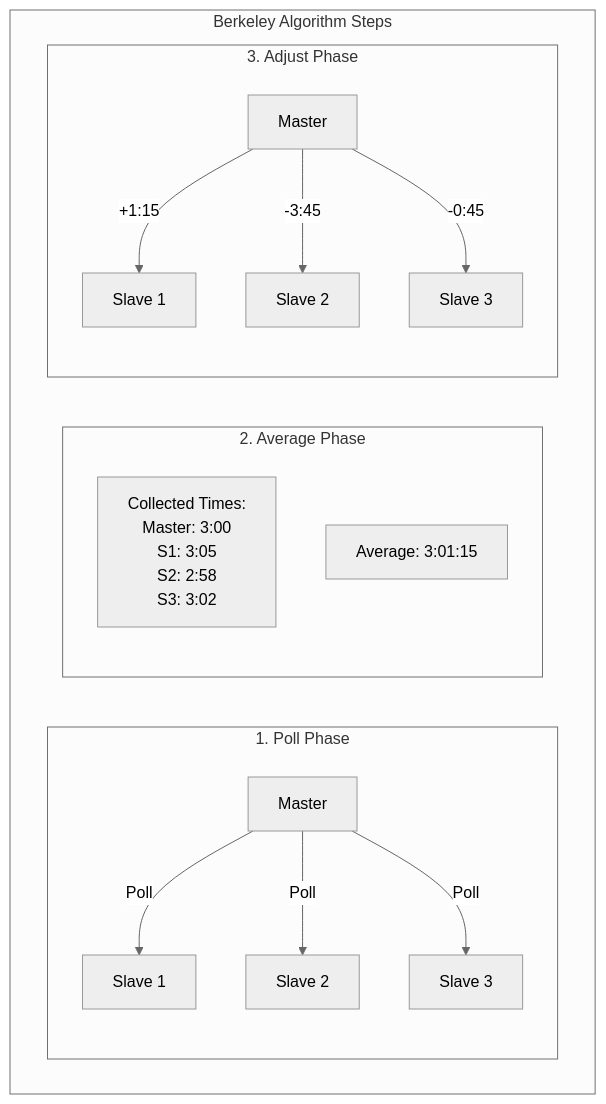
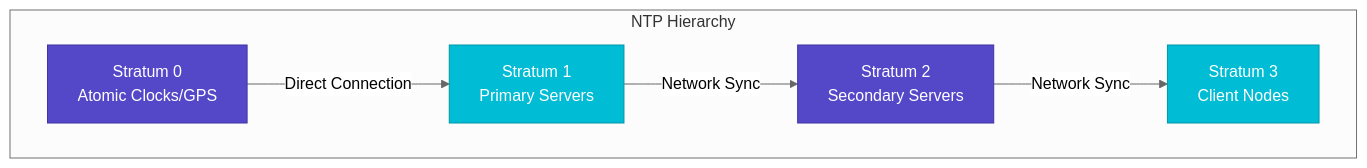
Before and after one commit to deepaucksharma/DStudio: the second of 6 diagrams in docs/pattern-library/coordination/clock-sync.md, drawn with Mermaid (neutral theme). The commit also changed other lines of this file and 23 other files, not shown here.

````diff
--- a/docs/pattern-library/coordination/clock-sync.md
+++ b/docs/pattern-library/coordination/clock-sync.md
@@ -134,21 +124,19 @@
 ```mermaid
 graph TB
- subgraph "Berkeley Algorithm Steps"
- subgraph "1. Poll Phase"
- M[Master] -->|Poll| S1[Slave 1]
- M -->|Poll| S2[Slave 2]
- M -->|Poll| S3[Slave 3]
- end
- 
- subgraph "2. Average Phase"
- Times[Collected Times:<br/>Master: 3:00<br/>S1: 3:05<br/>S2: 2:58<br/>S3: 3:02]
- Avg[Average: 3:01:15]
- end
- 
- subgraph "3. Adjust Phase"
- M2[Master] -->|+1:15| S1b[Slave 1]
- M2 -->|-3:45| S2b[Slave 2]
- M2 -->|-0:45| S3b[Slave 3]
- end
- end
+    subgraph "NTP Hierarchy"
+        S0[Stratum 0<br/>Atomic Clocks/GPS]
+        S1[Stratum 1<br/>Primary Servers]
+        S2[Stratum 2<br/>Secondary Servers]
+        S3[Stratum 3<br/>Client Nodes]
+        
+        S0 -->|Direct Connection| S1
+        S1 -->|Network Sync| S2
+        S2 -->|Network Sync| S3
+    end
+    
+    classDef primary fill:#5448C8,stroke:#3f33a6,color:#fff
+    classDef secondary fill:#00BCD4,stroke:#0097a7,color:#fff
+    
+    class S0,S2 primary
+    class S1,S3 secondary
 ```
````
